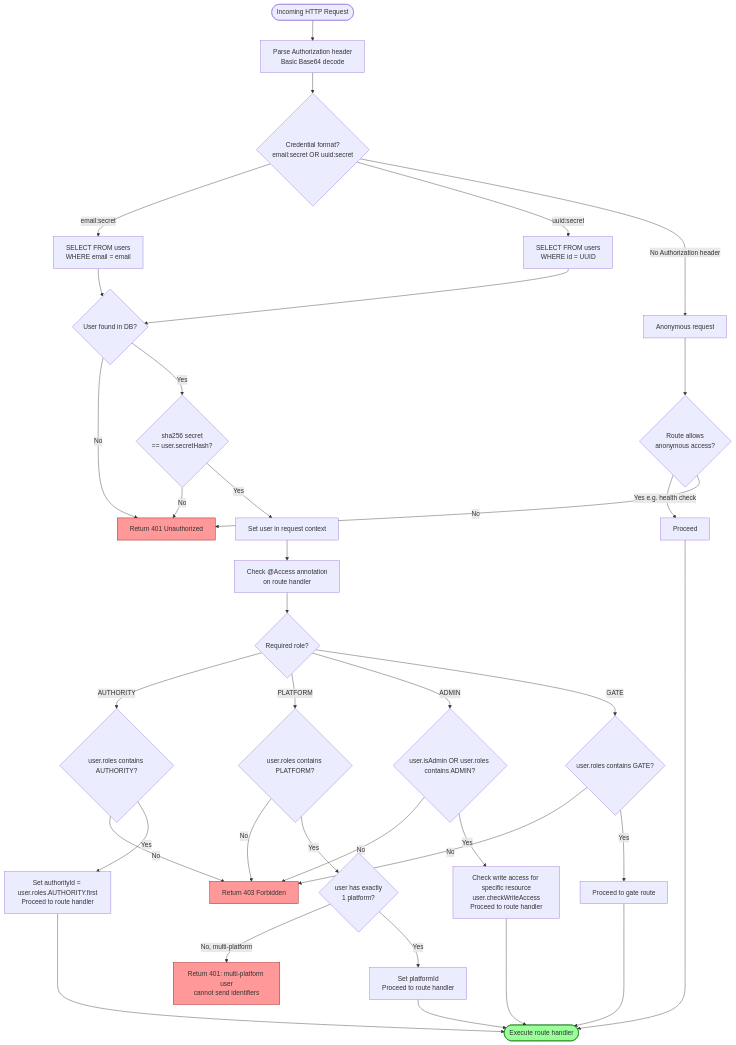
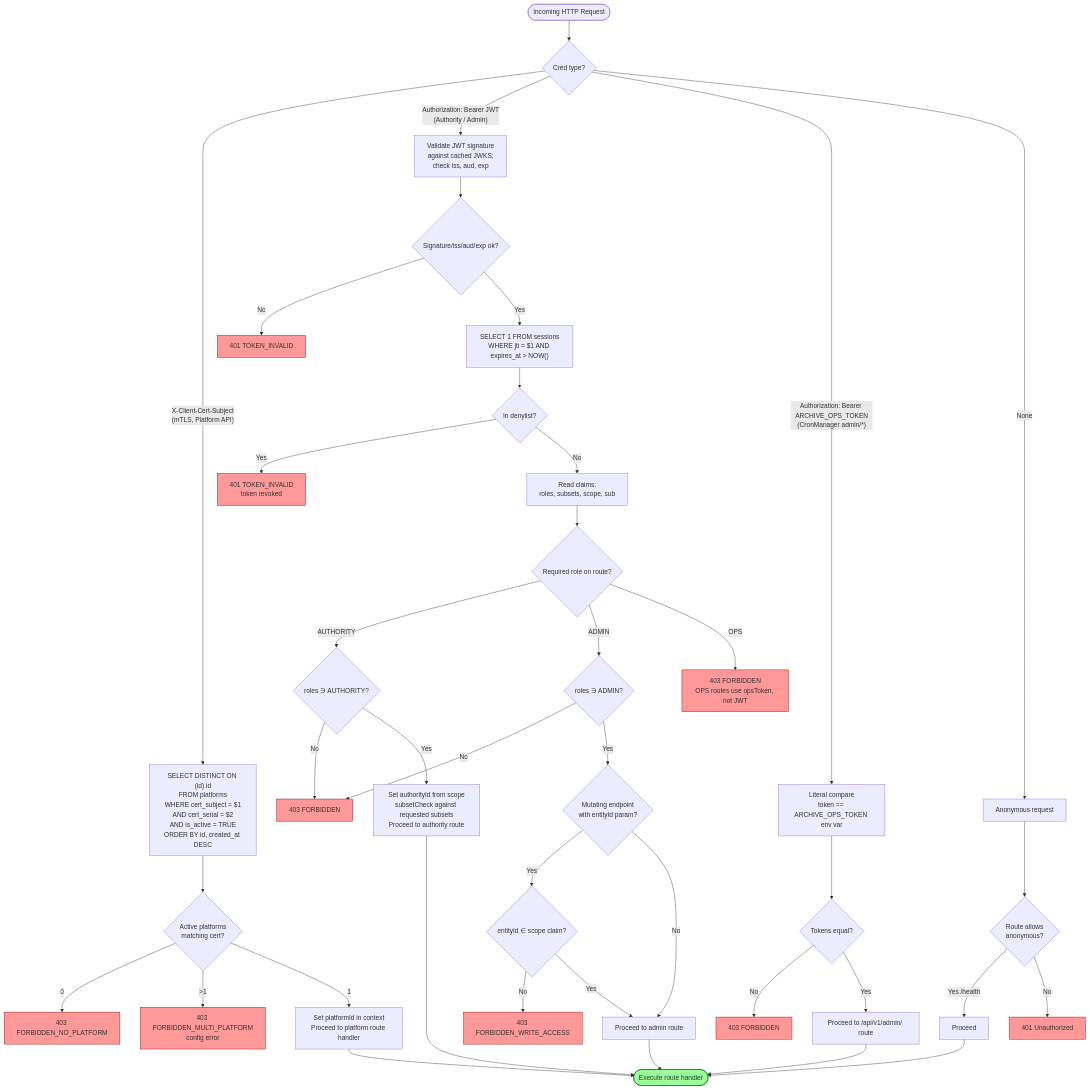
One commit to kemit-ee/efti-gate-ee changed the diagram in docs/specs/diagrams/flow-02-authorization-check.mmd. Above: the diagram before and after it, drawn with Mermaid. The commit also changed 22 other files, not shown here.

```diff
--- a/docs/specs/diagrams/flow-02-authorization-check.mmd
+++ b/docs/specs/diagrams/flow-02-authorization-check.mmd
@@ -1,56 +1,60 @@
 flowchart TD
-    Start([Incoming HTTP Request]) --> ParseAuth[Parse Authorization header\nBasic Base64 decode]
+    Start([Incoming HTTP Request]) --> ProxyType{Cred type?}
 
-    ParseAuth --> HasEmail{Credential format?\nemail:secret OR uuid:secret}
+    ProxyType -->|"X-Client-Cert-Subject<br/>(mTLS, Platform API)"| LookupCert["SELECT DISTINCT ON (id) id<br/>FROM platforms<br/>WHERE cert_subject = $1<br/>AND cert_serial = $2<br/>AND is_active = TRUE<br/>ORDER BY id, created_at DESC"]
+    ProxyType -->|"Authorization: Bearer JWT<br/>(Authority / Admin)"| ValidateJwt[Validate JWT signature<br/>against cached JWKS;<br/>check iss, aud, exp]
+    ProxyType -->|"Authorization: Bearer ARCHIVE_OPS_TOKEN<br/>(CronManager admin/*)"| OpsCompare["Literal compare<br/>token == ARCHIVE_OPS_TOKEN env var"]
+    ProxyType -->|"None"| Anon[Anonymous request]
 
-    HasEmail -->|email:secret| LookupByEmail[SELECT FROM users\nWHERE email = email]
-    HasEmail -->|uuid:secret| LookupByUUID[SELECT FROM users\nWHERE id = UUID]
-    HasEmail -->|No Authorization header| Anon[Anonymous request]
+    LookupCert --> CertCount{Active platforms<br/>matching cert?}
+    CertCount -->|0| Ret403NP[403 FORBIDDEN_NO_PLATFORM]
+    CertCount -->|>1| Ret403MP[403 FORBIDDEN_MULTI_PLATFORM<br/>config error]
+    CertCount -->|1| PlatformAccess[Set platformId in context<br/>Proceed to platform route handler]
 
-    LookupByEmail --> UserFound{User found in DB?}
-    LookupByUUID --> UserFound
+    ValidateJwt --> JwtValid{Signature/iss/aud/exp ok?}
+    JwtValid -->|No| Ret401[401 TOKEN_INVALID]
+    JwtValid -->|Yes| Denylist["SELECT 1 FROM sessions<br/>WHERE jti = $1 AND expires_at > NOW()"]
 
-    UserFound -->|No| Return401[Return 401 Unauthorized]
-    UserFound -->|Yes| VerifySecret{sha256 secret\n== user.secretHash?}
+    Denylist --> Revoked{In denylist?}
+    Revoked -->|Yes| Ret401Rev[401 TOKEN_INVALID<br/>token revoked]
+    Revoked -->|No| ExtractClaims[Read claims:<br/>roles, subsets, scope, sub]
 
-    VerifySecret -->|No| Return401
-    VerifySecret -->|Yes| SetUser[Set user in request context]
+    ExtractClaims --> RouteType{Required role on route?}
+    RouteType -->|AUTHORITY| CheckAuth{roles ∋ AUTHORITY?}
+    RouteType -->|ADMIN| CheckAdmin{roles ∋ ADMIN?}
+    RouteType -->|OPS| Ret403Wrong[403 FORBIDDEN<br/>OPS routes use opsToken, not JWT]
 
-    SetUser --> CheckAnnotation[Check @Access annotation\non route handler]
+    CheckAuth -->|No| Ret403[403 FORBIDDEN]
+    CheckAuth -->|Yes| AuthorityAccess[Set authorityId from scope<br/>subsetCheck against requested subsets<br/>Proceed to authority route]
 
-    CheckAnnotation --> RouteType{Required role?}
+    CheckAdmin -->|No| Ret403
+    CheckAdmin -->|Yes| AdminWrite{Mutating endpoint<br/>with entityId param?}
+    AdminWrite -->|Yes| CheckScope{entityId ∈ scope claim?}
+    AdminWrite -->|No| AdminAccess[Proceed to admin route]
+    CheckScope -->|No| Ret403WA[403 FORBIDDEN_WRITE_ACCESS]
+    CheckScope -->|Yes| AdminAccess
 
-    RouteType -->|AUTHORITY| CheckAuthorityRole{user.roles contains AUTHORITY?}
-    RouteType -->|PLATFORM| CheckPlatformRole{user.roles contains PLATFORM?}
-    RouteType -->|ADMIN| CheckAdminRole{user.isAdmin OR user.roles contains ADMIN?}
-    RouteType -->|GATE| CheckGateRole{user.roles contains GATE?}
+    OpsCompare --> OpsMatch{Tokens equal?}
+    OpsMatch -->|No| Ret403Ops[403 FORBIDDEN]
+    OpsMatch -->|Yes| OpsAccess[Proceed to /api/v1/admin/ route]
 
-    CheckAuthorityRole -->|No| Return403[Return 403 Forbidden]
-    CheckAuthorityRole -->|Yes| AuthorityAccess[Set authorityId = user.roles.AUTHORITY.first\nProceed to route handler]
+    Anon --> AnonRoute{Route allows<br/>anonymous?}
+    AnonRoute -->|Yes /health| AnonProceed[Proceed]
+    AnonRoute -->|No| Ret401Unauth[401 Unauthorized]
 
-    CheckPlatformRole -->|No| Return403
-    CheckPlatformRole -->|Yes| PlatformCount{user has exactly\n1 platform?}
+    PlatformAccess --> Exec([Execute route handler])
+    AuthorityAccess --> Exec
+    AdminAccess --> Exec
+    OpsAccess --> Exec
+    AnonProceed --> Exec
 
-    PlatformCount -->|No, multi-platform| Return401MP[Return 401: multi-platform user\ncannot send identifiers]
-    PlatformCount -->|Yes| PlatformAccess[Set platformId\nProceed to route handler]
-
-    CheckAdminRole -->|No| Return403
-    CheckAdminRole -->|Yes| AdminAccess[Check write access for specific resource\nuser.checkWriteAccess\nProceed to route handler]
-
-    CheckGateRole -->|No| Return403
-    CheckGateRole -->|Yes| GateAccess[Proceed to gate route]
-
-    Anon --> AnonymousRoute{Route allows\nanonymous access?}
-    AnonymousRoute -->|Yes e.g. health check| AnonymousProceed[Proceed]
-    AnonymousRoute -->|No| Return401
-
-    AuthorityAccess --> RouteExecution([Execute route handler])
-    PlatformAccess --> RouteExecution
-    AdminAccess --> RouteExecution
-    GateAccess --> RouteExecution
-    AnonymousProceed --> RouteExecution
-
-    style Return401 fill:#f99,stroke:#900
-    style Return401MP fill:#f99,stroke:#900
-    style Return403 fill:#f99,stroke:#900
-    style RouteExecution fill:#9f9,stroke:#060
+    style Ret401 fill:#f99,stroke:#900
+    style Ret401Rev fill:#f99,stroke:#900
+    style Ret401Unauth fill:#f99,stroke:#900
+    style Ret403 fill:#f99,stroke:#900
+    style Ret403Wrong fill:#f99,stroke:#900
+    style Ret403WA fill:#f99,stroke:#900
+    style Ret403Ops fill:#f99,stroke:#900
+    style Ret403NP fill:#f99,stroke:#900
+    style Ret403MP fill:#f99,stroke:#900
+    style Exec fill:#9f9,stroke:#060
```
